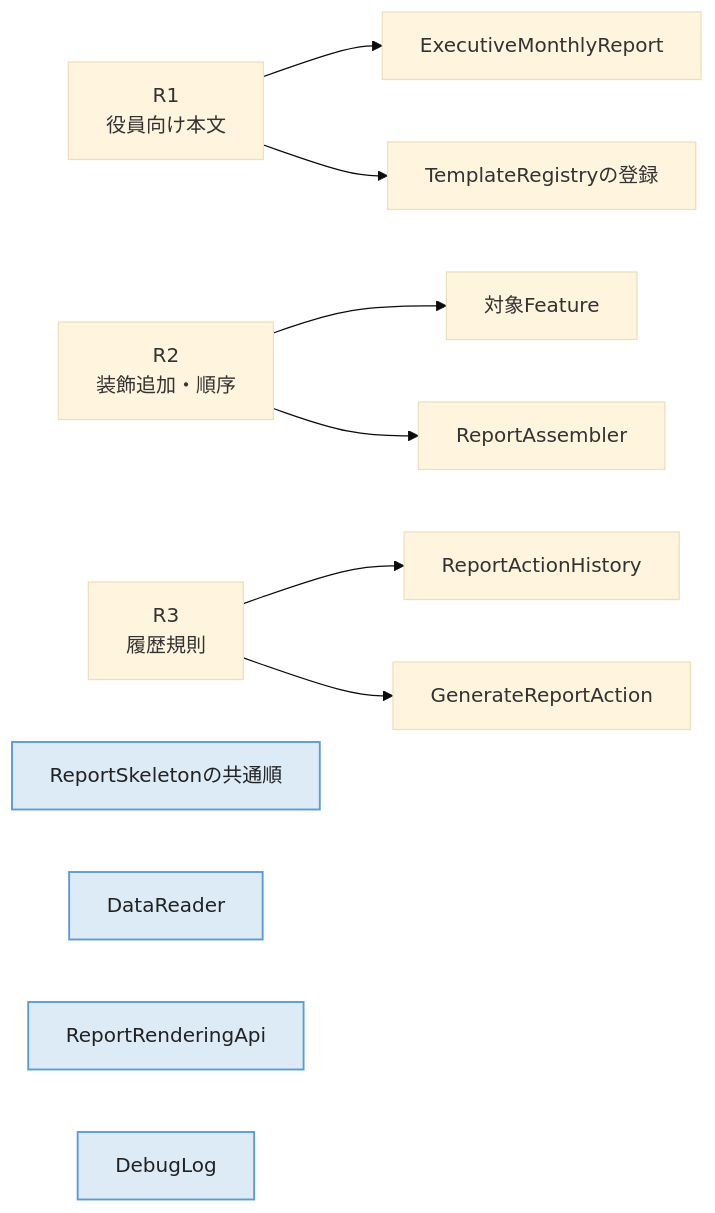
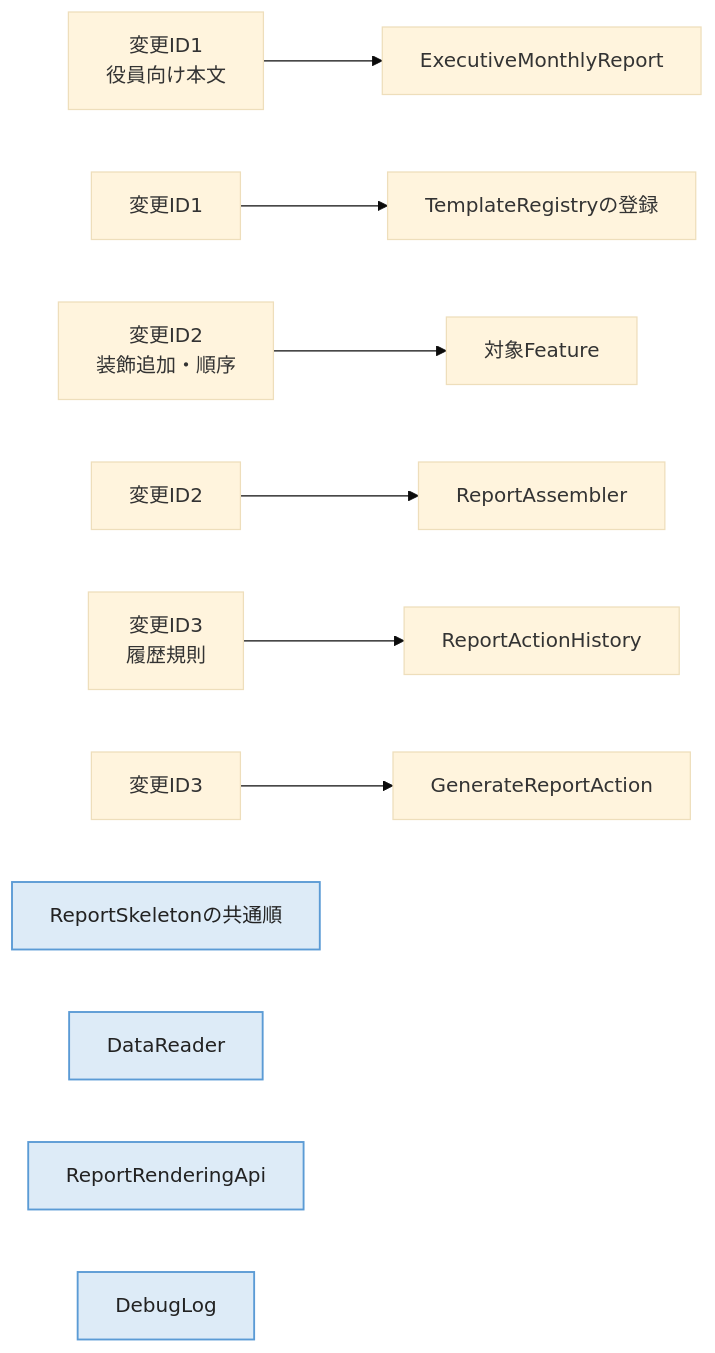
Before and after one commit to kumachan1101-pixel/DesignPattern: diagram 15 of 18 in kindle/design-patterns/output/chapter11.md, drawn with Mermaid (base theme). The commit also changed other lines of this file and 43 other files, not shown here.

````diff
--- a/kindle/design-patterns/output/chapter11.md
+++ b/kindle/design-patterns/output/chapter11.md
@@ -2652,16 +2705,16 @@
 ```mermaid
 graph LR
-    R1["R1<br/>役員向け本文"] --> B1["ExecutiveMonthlyReport"]
-    R1 --> REG["TemplateRegistryの登録"]
-    R2["R2<br/>装飾追加・順序"] --> F["対象Feature"]
-    R2 --> ASM["ReportAssembler"]
-    R3["R3<br/>履歴規則"] --> H["ReportActionHistory"]
-    R3 --> C["GenerateReportAction"]
+    C1["変更ID1<br/>役員向け本文"] --> B1["ExecutiveMonthlyReport"]
+    変更ID1 --> REG["TemplateRegistryの登録"]
+    C2["変更ID2<br/>装飾追加・順序"] --> F["対象Feature"]
+    変更ID2 --> ASM["ReportAssembler"]
+    C3["変更ID3<br/>履歴規則"] --> H["ReportActionHistory"]
+    変更ID3 --> C["GenerateReportAction"]
 
     ST["ReportSkeletonの共通順"]:::stable
     DR["DataReader"]:::stable
     API["ReportRenderingApi"]:::stable
     LOG["DebugLog"]:::stable
 
     classDef stable fill:#DDEBF7,stroke:#5B9BD5,stroke-width:1.5px,color:#222
 ```
````
